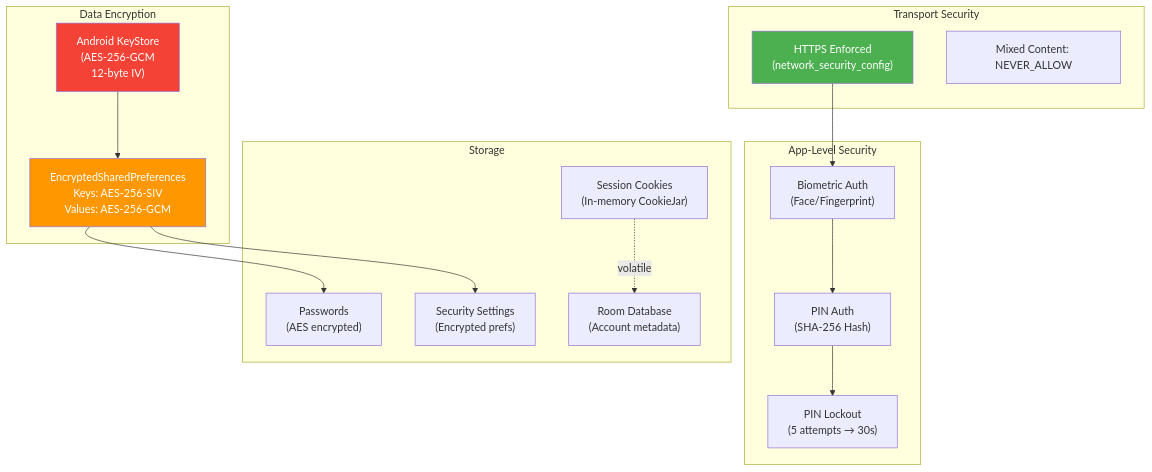
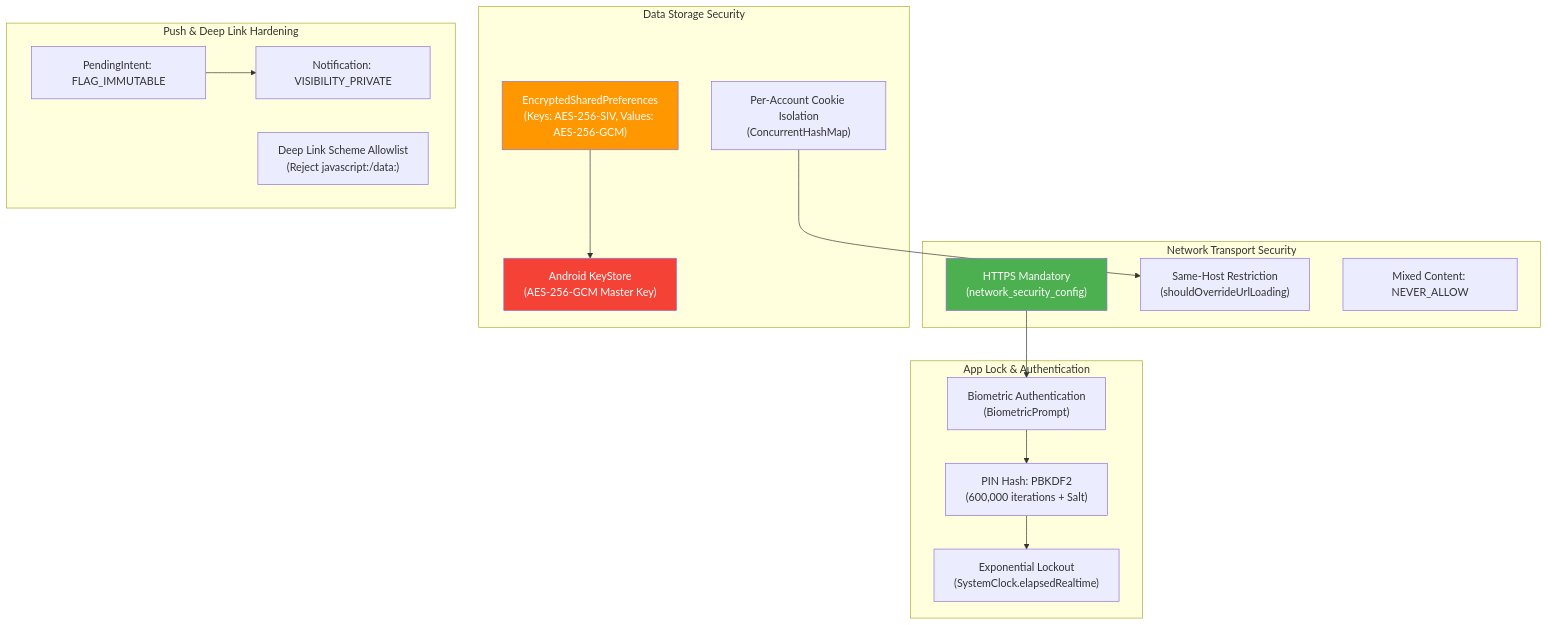
One commit to WOOWTECH/Woow_odoo_app changed diagram 16 of 22 in docs/architecture-overview.md. Above: the diagram before and after it, drawn with Mermaid. The commit also changed other lines of this file, not shown here.

First line of the commit message:
docs(arch): merge v1.4.1 architecture rewrite with audited legacy sections

````diff
--- a/docs/architecture-overview.md
+++ b/docs/architecture-overview.md
@@ -665,36 +887,37 @@
 ```mermaid
 graph TB
-    subgraph "Transport Security"
-        HTTPS["HTTPS Enforced<br/>(network_security_config)"]
+    subgraph "Network Transport Security"
+        HTTPS["HTTPS Mandatory<br/>(network_security_config)"]
+        SAME_HOST["Same-Host Restriction<br/>(shouldOverrideUrlLoading)"]
         MIXED_BLOCK["Mixed Content: NEVER_ALLOW"]
     end
 
-    subgraph "App-Level Security"
-        BIO["Biometric Auth<br/>(Face/Fingerprint)"]
-        PIN_AUTH["PIN Auth<br/>(SHA-256 Hash)"]
-        LOCKOUT["PIN Lockout<br/>(5 attempts → 30s)"]
+    subgraph "App Lock & Authentication"
+        BIO["Biometric Authentication<br/>(BiometricPrompt)"]
+        PIN_HASH["PIN Hash: PBKDF2<br/>(600,000 iterations + Salt)"]
+        LOCKOUT["Exponential Lockout<br/>(SystemClock.elapsedRealtime)"]
     end
 
-    subgraph "Data Encryption"
-        ESP["EncryptedSharedPreferences<br/>Keys: AES-256-SIV<br/>Values: AES-256-GCM"]
-        KEYSTORE["Android KeyStore<br/>(AES-256-GCM<br/>12-byte IV)"]
+    subgraph "Data Storage Security"
+        ESP["EncryptedSharedPreferences<br/>(Keys: AES-256-SIV, Values: AES-256-GCM)"]
+        KEYSTORE["Android KeyStore<br/>(AES-256-GCM Master Key)"]
+        COOKIE_ISO["Per-Account Cookie Isolation<br/>(ConcurrentHashMap)"]
     end
 
-    subgraph "Storage"
-        PWD["Passwords<br/>(AES encrypted)"]
-        TOKENS["Session Cookies<br/>(In-memory CookieJar)"]
-        SETTINGS["Security Settings<br/>(Encrypted prefs)"]
-        ROOM_DB["Room Database<br/>(Account metadata)"]
+    subgraph "Push & Deep Link Hardening"
+        IMMUTABLE["PendingIntent: FLAG_IMMUTABLE"]
+        PRIVATE_NOTIF["Notification: VISIBILITY_PRIVATE"]
+        DL_ALLOWLIST["Deep Link Scheme Allowlist<br/>(Reject javascript:/data:)"]
     end
 
     HTTPS --> BIO
-    BIO --> PIN_AUTH
-    PIN_AUTH --> LOCKOUT
-    ESP --> PWD & SETTINGS
-    KEYSTORE --> ESP
-    TOKENS -. "volatile" .-> ROOM_DB
+    BIO --> PIN_HASH
+    PIN_HASH --> LOCKOUT
+    ESP --> KEYSTORE
+    COOKIE_ISO --> SAME_HOST
+    IMMUTABLE --> PRIVATE_NOTIF
 
     style HTTPS fill:#4CAF50,color:#fff
     style ESP fill:#FF9800,color:#fff
     style KEYSTORE fill:#F44336,color:#fff
 ```
````
